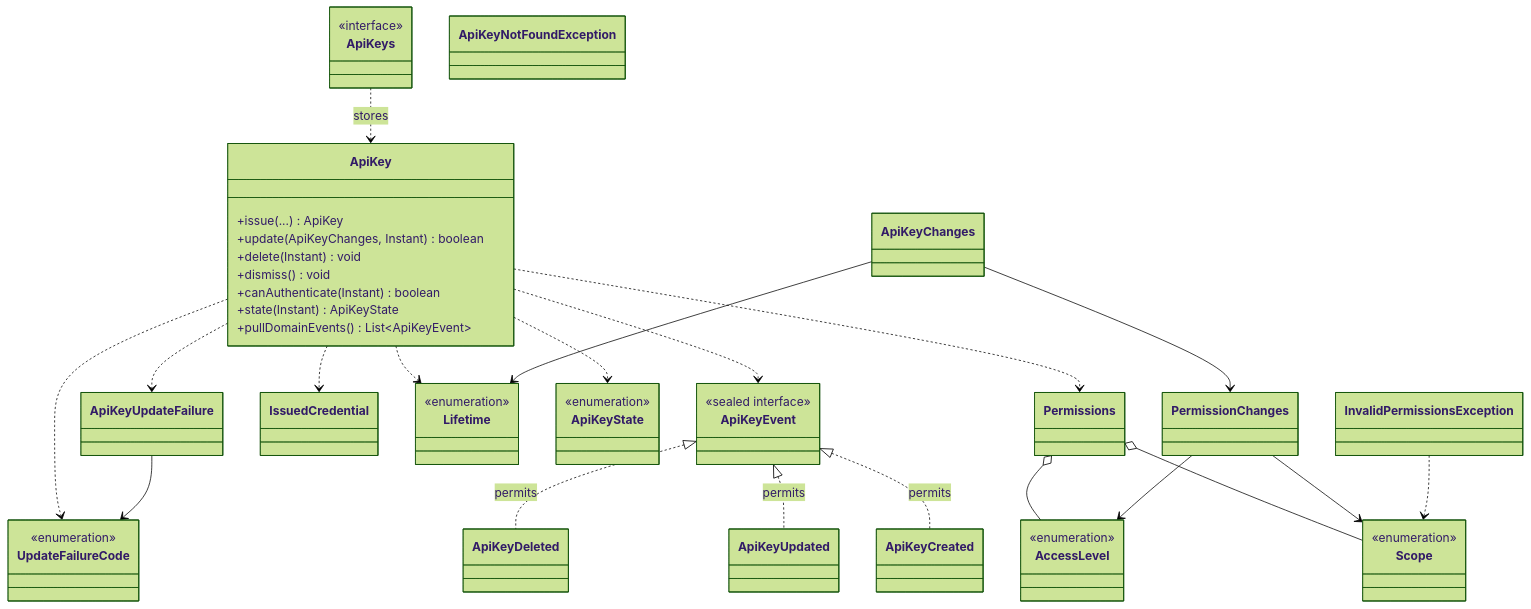
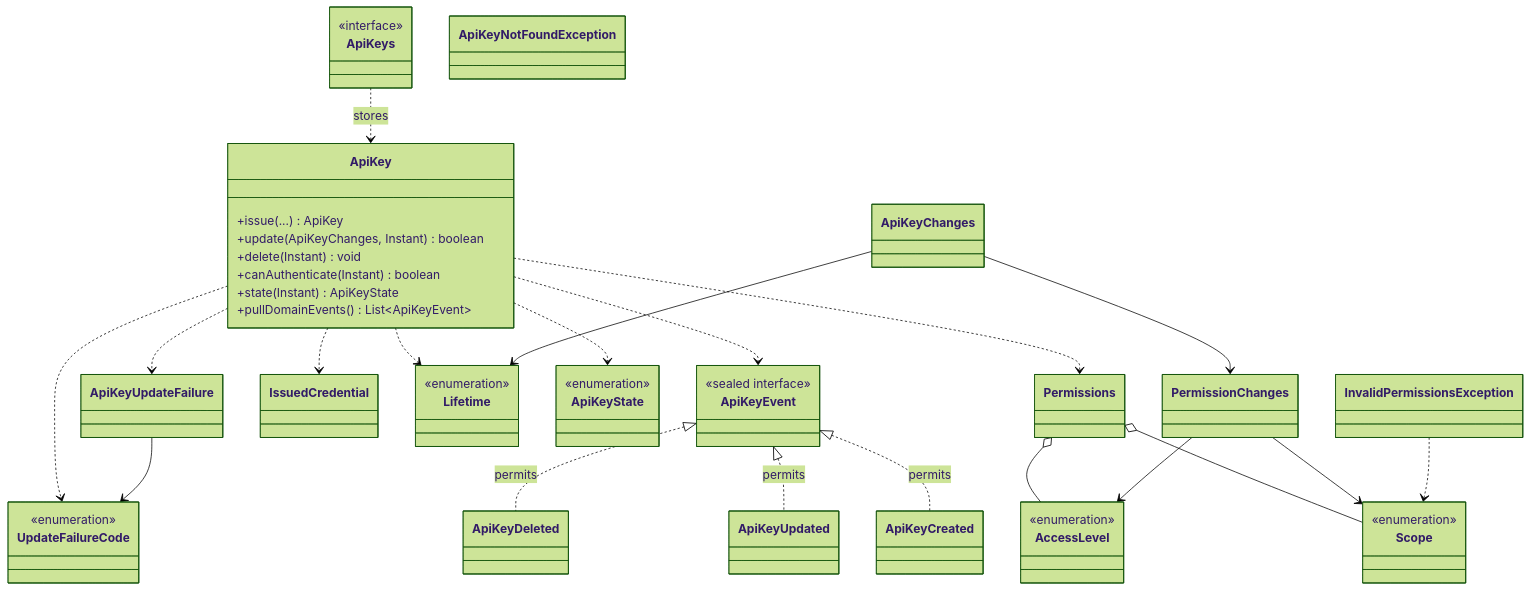
Before and after one commit to Dhiren9939/HQ-Tier0: the ninth of 14 diagrams in docs/access-context.md, drawn with Mermaid (forest theme). The commit also changed other lines of this file and 30 other files, not shown here.

````diff
--- a/docs/access-context.md
+++ b/docs/access-context.md
@@ -784,70 +764,69 @@
 ```mermaid
 classDiagram
     direction TB
 
     class ApiKey {
         +issue(...) ApiKey
         +update(ApiKeyChanges, Instant) boolean
         +delete(Instant) void
-        +dismiss() void
         +canAuthenticate(Instant) boolean
         +state(Instant) ApiKeyState
         +pullDomainEvents() List~ApiKeyEvent~
     }
     class Permissions
     class PermissionChanges
     class ApiKeyChanges
     class IssuedCredential
     class Lifetime {
         <<enumeration>>
     }
     class ApiKeyState {
         <<enumeration>>
     }
     class Scope {
         <<enumeration>>
     }
     class AccessLevel {
         <<enumeration>>
     }
 
     class ApiKeyEvent {
         <<sealed interface>>
     }
     class ApiKeyCreated
     class ApiKeyUpdated
     class ApiKeyDeleted
 
     class ApiKeys {
         <<interface>>
     }
     class ApiKeyNotFoundException
     class ApiKeyUpdateFailure
     class InvalidPermissionsException
     class UpdateFailureCode {
         <<enumeration>>
     }
 
     ApiKey ..> Permissions
     ApiKey ..> IssuedCredential
     ApiKey ..> Lifetime
     ApiKey ..> ApiKeyState
     ApiKey ..> ApiKeyEvent
     ApiKey ..> ApiKeyUpdateFailure
     ApiKey ..> UpdateFailureCode
 
     Permissions o-- Scope
     Permissions o-- AccessLevel
     PermissionChanges --> Scope
     PermissionChanges --> AccessLevel
     ApiKeyChanges --> Lifetime
     ApiKeyChanges --> PermissionChanges
 
     ApiKeyEvent <|.. ApiKeyCreated : permits
     ApiKeyEvent <|.. ApiKeyUpdated : permits
     ApiKeyEvent <|.. ApiKeyDeleted : permits
 
     ApiKeys ..> ApiKey : stores
     ApiKeyUpdateFailure --> UpdateFailureCode
     InvalidPermissionsException ..> Scope
 ```
````
